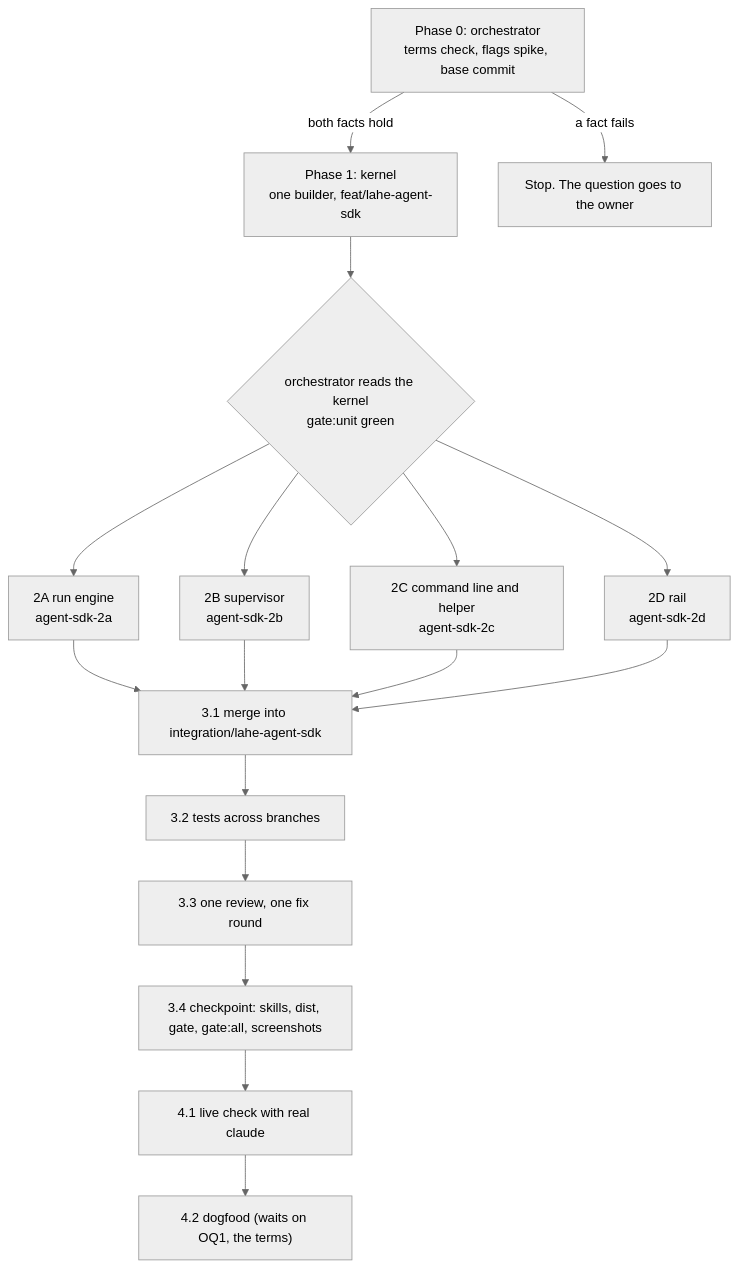
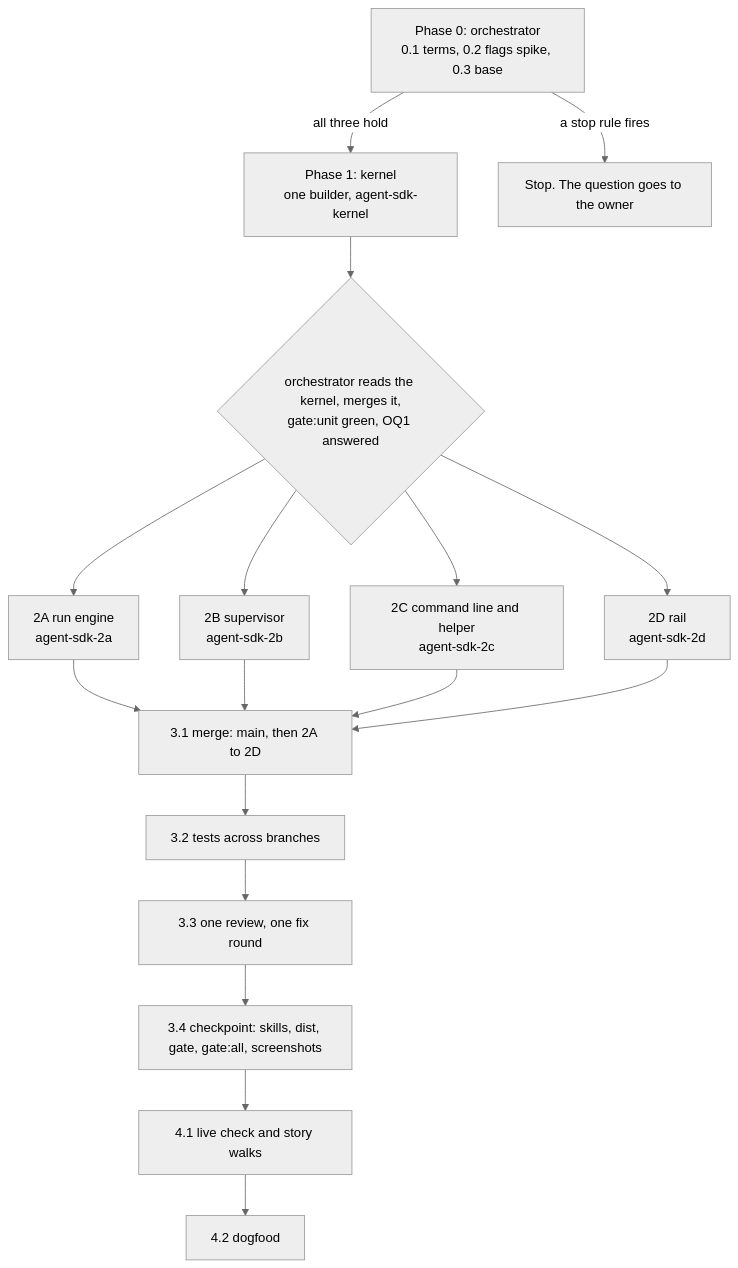
One commit to kenxle/live-agentic-html-editor changed the diagram in docs/features/20260929.01_lahe_agent_sdk/03_plan_lahe_agent_sdk.md. Above: the diagram before and after it, drawn with Mermaid (neutral theme). The commit also changed other lines of this file and 5 other files, not shown here.

First line of the commit message:
Fold four plan reviews into the plan and the architecture

````diff
--- a/docs/features/20260929.01_lahe_agent_sdk/03_plan_lahe_agent_sdk.md
+++ b/docs/features/20260929.01_lahe_agent_sdk/03_plan_lahe_agent_sdk.md
@@ -20,19 +21,19 @@
 ```mermaid
 flowchart TD
-  P0["Phase 0: orchestrator<br/>terms check, flags spike, base commit"] -->|"both facts hold"| P1["Phase 1: kernel<br/>one builder, feat/lahe-agent-sdk"]
-  P0 -->|"a fact fails"| STOP["Stop. The question goes to the owner"]
-  P1 --> R1{"orchestrator reads the kernel<br/>gate:unit green"}
+  P0["Phase 0: orchestrator<br/>0.1 terms, 0.2 flags spike, 0.3 base"] -->|"all three hold"| P1["Phase 1: kernel<br/>one builder, agent-sdk-kernel"]
+  P0 -->|"a stop rule fires"| STOP["Stop. The question goes to the owner"]
+  P1 --> R1{"orchestrator reads the kernel, merges it,<br/>gate:unit green, OQ1 answered"}
   R1 --> A["2A run engine<br/>agent-sdk-2a"]
   R1 --> B["2B supervisor<br/>agent-sdk-2b"]
   R1 --> C["2C command line and helper<br/>agent-sdk-2c"]
   R1 --> D["2D rail<br/>agent-sdk-2d"]
-  A --> M["3.1 merge into integration/lahe-agent-sdk"]
+  A --> M["3.1 merge: main, then 2A to 2D"]
   B --> M
   C --> M
   D --> M
   M --> X["3.2 tests across branches"]
   X --> RV["3.3 one review, one fix round"]
   RV --> G["3.4 checkpoint: skills, dist, gate, gate:all, screenshots"]
-  G --> L["4.1 live check with real claude"]
-  L --> DF["4.2 dogfood (waits on OQ1, the terms)"]
+  G --> L["4.1 live check and story walks"]
+  L --> DF["4.2 dogfood"]
 ```
````
